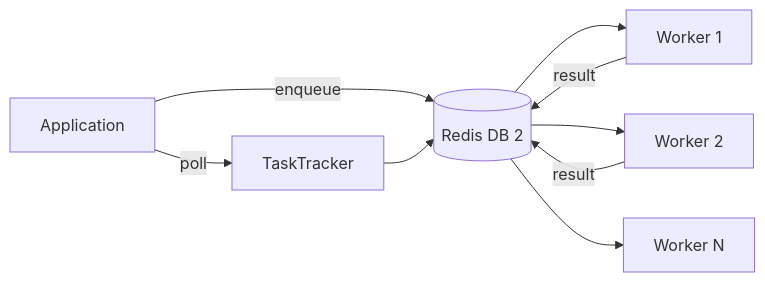
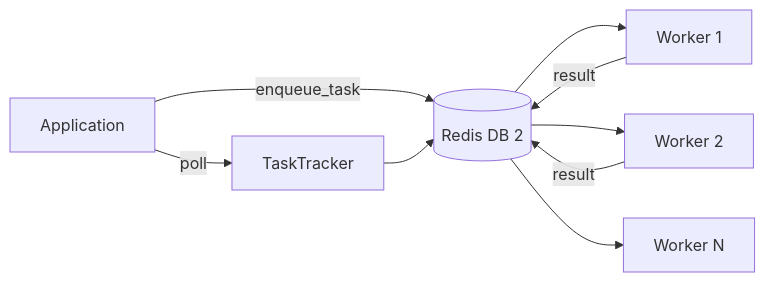
Before and after one commit to baselithcore/plugin-baselithbot: the diagram in mkdocs-site/docs/core-modules/task-queue.md, drawn with Mermaid. The commit also changed other lines of this file and 68 other files, not shown here.

````diff
--- a/mkdocs-site/docs/core-modules/task-queue.md
+++ b/mkdocs-site/docs/core-modules/task-queue.md
@@ -354,13 +288,13 @@
 ```mermaid
 graph LR
-    App[Application] --> |enqueue| Redis[(Redis DB 2)]
+    App[Application] --> |enqueue_task| Redis[(Redis DB 2)]
     Redis --> Worker1[Worker 1]
     Redis --> Worker2[Worker 2]
     Redis --> WorkerN[Worker N]
 
     Worker1 --> |result| Redis
     Worker2 --> |result| Redis
 
     App --> |poll| Tracker[TaskTracker]
     Tracker --> Redis
 ```
````
